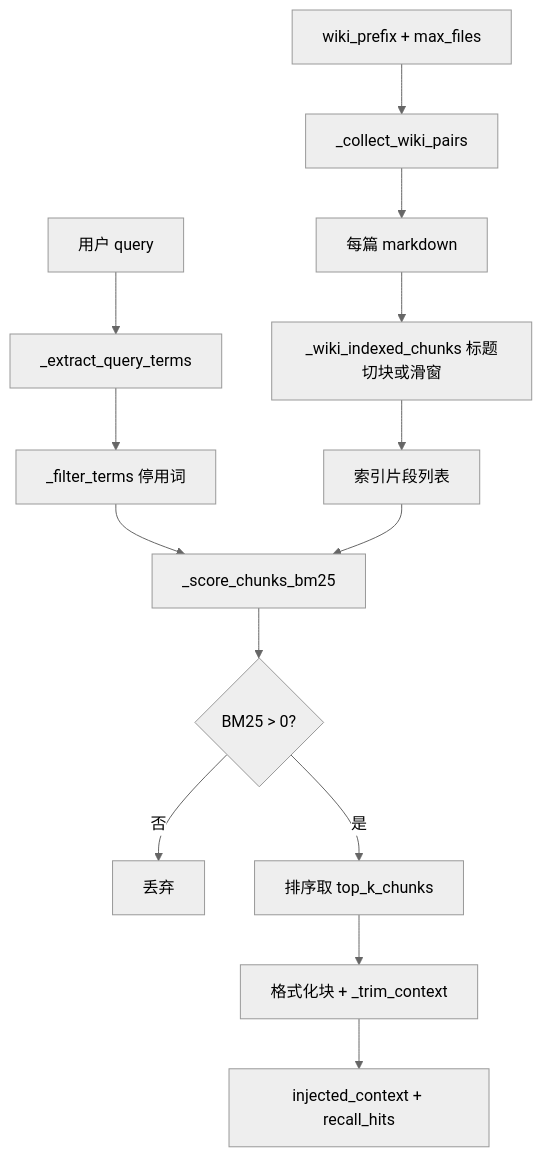
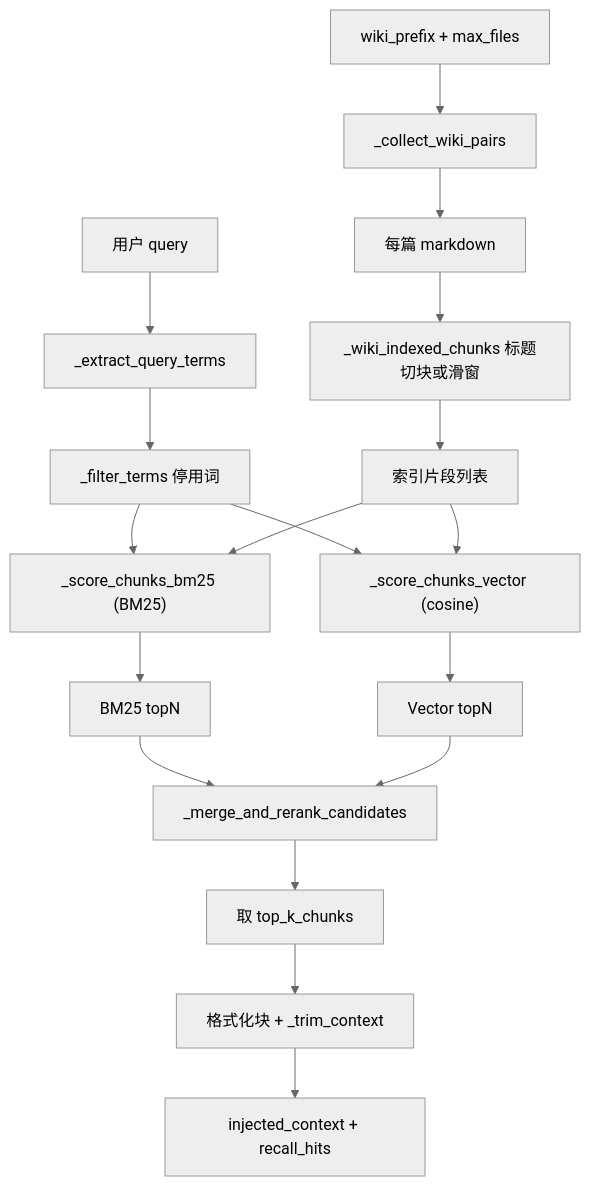
One commit to wangfeifei-xsd/pathy-knowledge-server changed the first of 2 diagrams in README.md. Above: the diagram before and after it, drawn with Mermaid (neutral theme). The commit also changed other lines of this file and 20 other files, not shown here.

````diff
--- a/README.md
+++ b/README.md
@@ -54,16 +59,20 @@
 ```mermaid
 flowchart TD
   A[用户 query] --> B[_extract_query_terms]
   B --> C[_filter_terms 停用词]
   D[wiki_prefix + max_files] --> E[_collect_wiki_pairs]
   E --> F["每篇 markdown"]
   F --> G["_wiki_indexed_chunks 标题切块或滑窗"]
   G --> H[索引片段列表]
-  C --> I["_score_chunks_bm25"]
+  C --> I["_score_chunks_bm25 (BM25)"]
+  C --> J["_score_chunks_vector (cosine)"]
   H --> I
-  I --> J{BM25 > 0?}
-  J -->|否| K[丢弃]
-  J -->|是| L[排序取 top_k_chunks]
-  L --> M["格式化块 + _trim_context"]
-  M --> N["injected_context + recall_hits"]
+  H --> J
+  I --> K[BM25 topN]
+  J --> L[Vector topN]
+  K --> M["_merge_and_rerank_candidates"]
+  L --> M
+  M --> N[取 top_k_chunks]
+  N --> O["格式化块 + _trim_context"]
+  O --> P["injected_context + recall_hits"]
 ```
````
